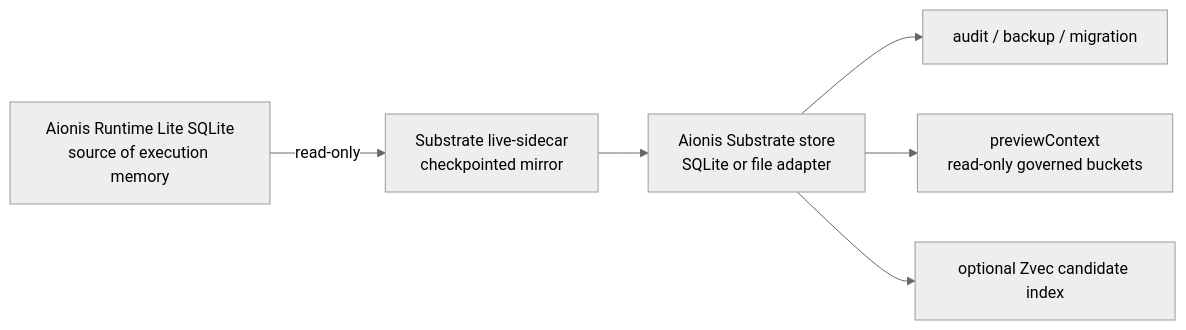
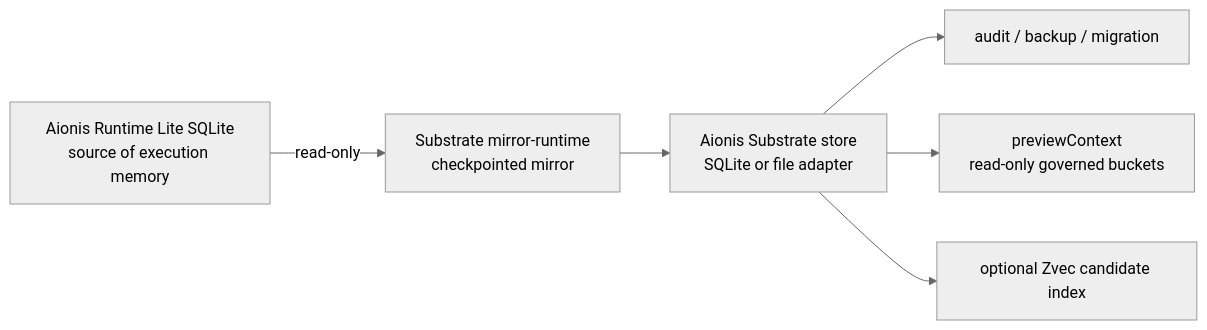
The diagram in docs/RUNTIME_INTEGRATION_DESIGN.md (ostinatocc/AionisSubstrate), drawn with Mermaid (neutral theme) before and after one commit. The commit also changed other lines of this file and 7 other files, not shown here.

Commit message:
Add runtime mirror product entrypoint

````diff
--- a/docs/RUNTIME_INTEGRATION_DESIGN.md
+++ b/docs/RUNTIME_INTEGRATION_DESIGN.md
@@ -13,8 +13,8 @@
 ```mermaid
 flowchart LR
-  runtime["Aionis Runtime Lite SQLite\nsource of execution memory"] -->|"read-only"| sidecar["Substrate live-sidecar\ncheckpointed mirror"]
+  runtime["Aionis Runtime Lite SQLite\nsource of execution memory"] -->|"read-only"| sidecar["Substrate mirror-runtime\ncheckpointed mirror"]
   sidecar --> target["Aionis Substrate store\nSQLite or file adapter"]
   target --> audit["audit / backup / migration"]
   target --> preview["previewContext\nread-only governed buckets"]
   target --> index["optional Zvec candidate index"]
 ```
````
